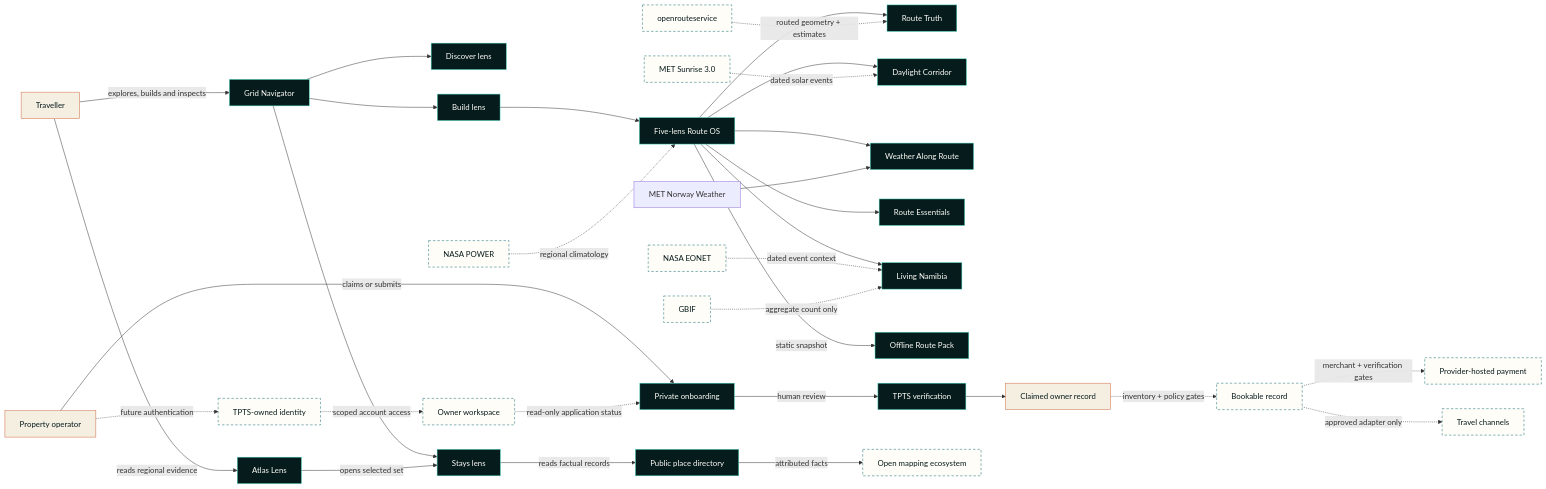
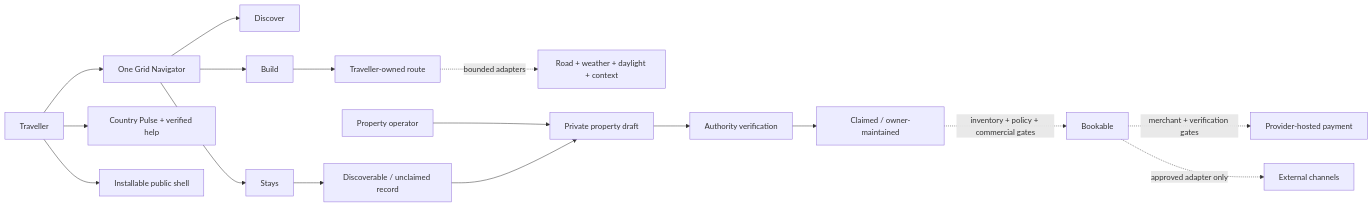
The first of 2 diagrams in docs/architecture.md (freeman-ipumbu/tpts-grid-case-study), drawn with Mermaid before and after one commit. The commit also changed other lines of this file and 4 other files, not shown here.

Commit message:
docs: refresh TPTS Grid launch case study

````diff
--- a/docs/architecture.md
+++ b/docs/architecture.md
@@ -38,40 +35,20 @@
 ```mermaid
 flowchart LR
-    traveller[Traveller] -->|explores, builds and inspects| navigator[Grid Navigator]
-    navigator --> discover[Discover lens]
-    navigator --> build[Build lens]
-    navigator --> stays[Stays lens]
-    build --> routeOS[Five-lens Route OS]
-    routeOS --> routeTruth[Route Truth]
-    routeOS --> daylight[Daylight Corridor]
-    routeOS --> routeWeather[Weather Along Route]
-    routeOS --> essentials[Route Essentials]
-    routeOS --> living[Living Namibia]
-    routeOS -->|static snapshot| offline[Offline Route Pack]
-    sunrise[MET Sunrise 3.0] -. dated solar events .-> daylight
-    weather[MET Norway Weather] --> routeWeather
-    power[NASA POWER] -. regional climatology .-> routeOS
-    eonet[NASA EONET] -. dated event context .-> living
-    gbif[GBIF] -. aggregate count only .-> living
-    ors[openrouteservice] -. routed geometry + estimates .-> routeTruth
-    traveller -->|reads regional evidence| atlas[Atlas Lens]
-    atlas -->|opens selected set| stays
-    stays -->|reads factual records| directory[Public place directory]
-    host[Property operator] -->|claims or submits| onboarding[Private onboarding]
-    host -. future authentication .-> ownerIdentity[TPTS-owned identity]
-    ownerIdentity -. scoped account access .-> workspace[Owner workspace]
-    workspace -. read-only application status .-> onboarding
-    onboarding -->|human review| ops[TPTS verification]
-    directory -->|attributed facts| maps[Open mapping ecosystem]
-    ops --> claimed[Claimed owner record]
-    claimed -. inventory + policy gates .-> bookable[Bookable record]
+    traveller[Traveller] --> navigator[One Grid Navigator]
+    navigator --> discover[Discover]
+    navigator --> build[Build]
+    navigator --> stays[Stays]
+    build --> route[Traveller-owned route]
+    route -. bounded adapters .-> context[Road + weather + daylight + context]
+    traveller --> pulse[Country Pulse + verified help]
+    traveller --> pwa[Installable public shell]
+
+    operator[Property operator] --> draft[Private property draft]
+    draft --> verify[Authority verification]
+    stays --> public[Discoverable / unclaimed record]
+    public --> draft
+    verify --> claimed[Claimed / owner-maintained]
+    claimed -. inventory + policy + commercial gates .-> bookable[Bookable]
     bookable -. merchant + verification gates .-> payment[Provider-hosted payment]
-    bookable -. approved adapter only .-> channels[Travel channels]
-
-    classDef core fill:#061b1c,stroke:#42d5bd,color:#fffdf7;
-    classDef human fill:#f5efe2,stroke:#ce6842,color:#061b1c;
-    classDef external fill:#fffdf7,stroke:#0d6872,color:#061b1c,stroke-dasharray:5 4;
-    class navigator,discover,build,stays,routeOS,routeTruth,daylight,routeWeather,essentials,living,offline,atlas,directory,onboarding,ops core;
-    class traveller,host,claimed human;
-    class maps,ownerIdentity,workspace,bookable,payment,channels,sunrise,power,eonet,gbif,ors external;
+    bookable -. approved adapter only .-> channels[External channels]
 ```
````
